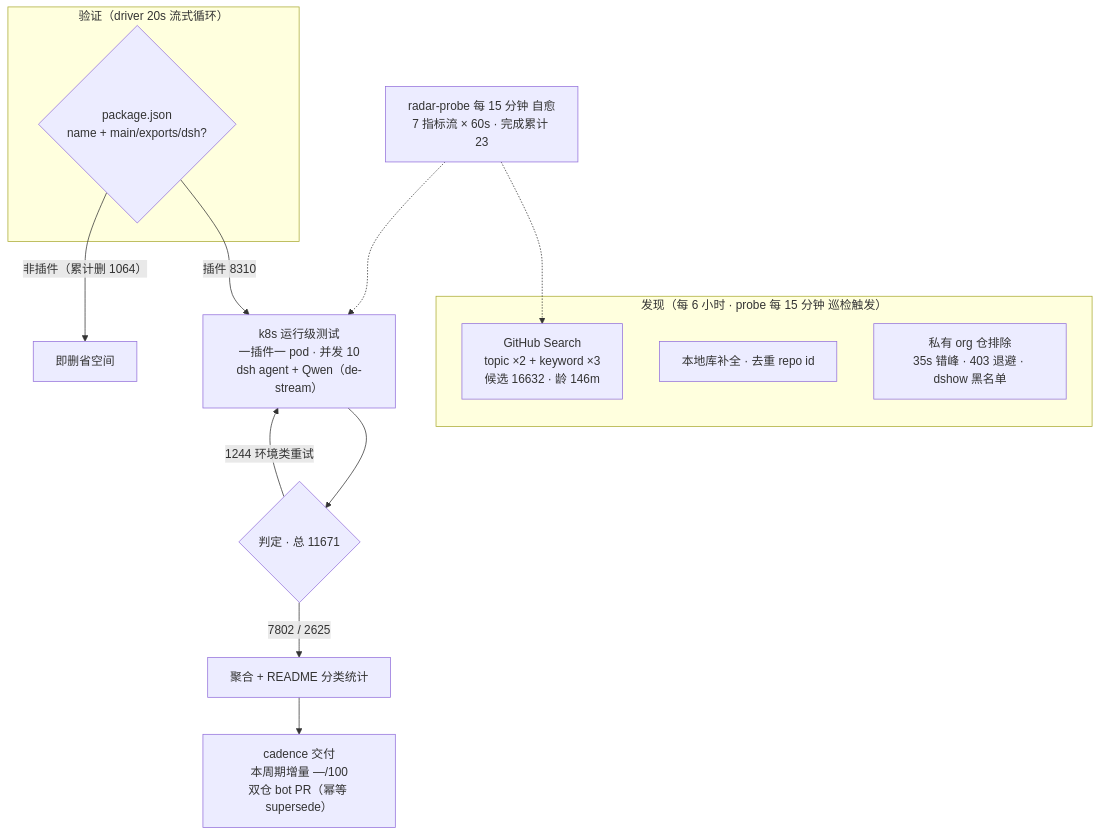
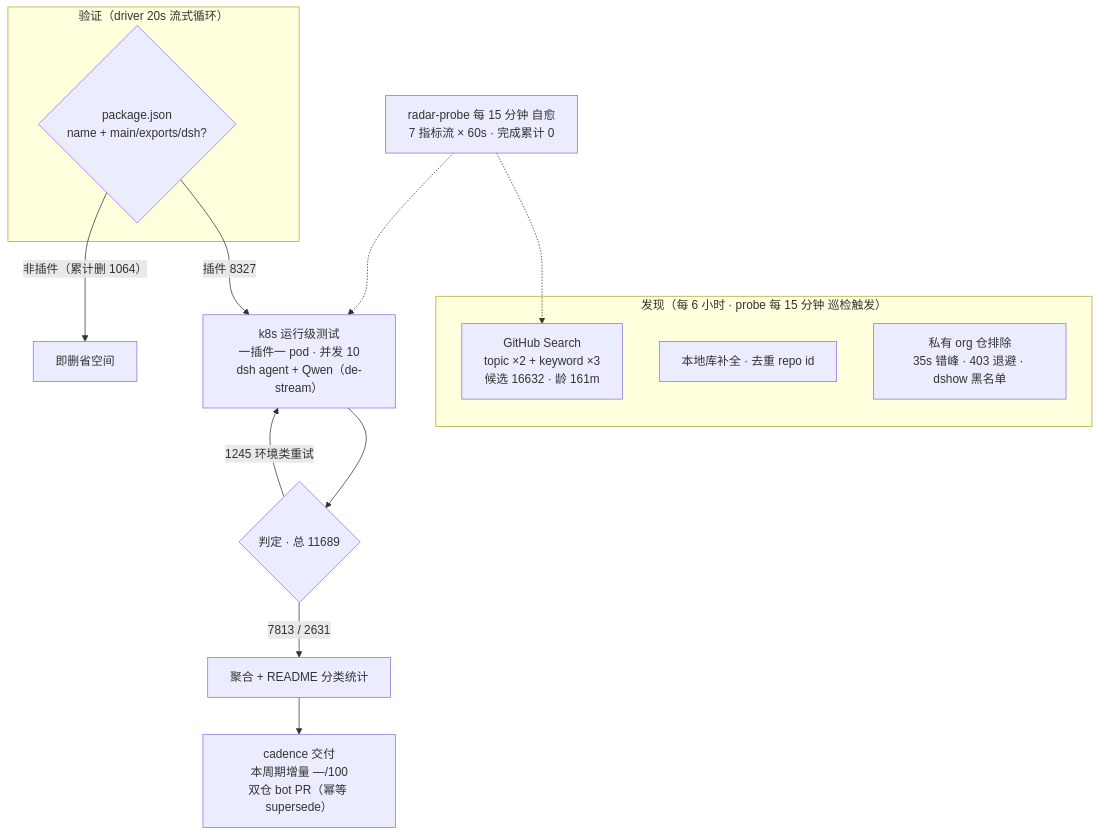
Before and after one commit to Zhidao-Lab-OSS/awesome-dsh-plugins: the diagram in README.md, drawn with Mermaid. The commit also changed other lines of this file and 1 other file, not shown here.

````diff
--- a/README.md
+++ b/README.md
@@ -52,20 +52,20 @@
 ```mermaid
 flowchart TB
     subgraph Discovery["发现（每 6 小时 · probe 每 15 分钟 巡检触发）"]
-        A1["GitHub Search<br/>topic ×2 + keyword ×3<br/>候选 16632 · 龄 146m"]
+        A1["GitHub Search<br/>topic ×2 + keyword ×3<br/>候选 16632 · 龄 161m"]
         A2["本地库补全 · 去重 repo id"]
         A3["私有 org 仓排除<br/>35s 错峰 · 403 退避 · dshow 黑名单"]
     end
     subgraph Validation["验证（driver 20s 流式循环）"]
         B1{"package.json<br/>name + main/exports/dsh?"}
     end
-    B1 -->|"插件 8310"| C1["k8s 运行级测试<br/>一插件一 pod · 并发 10<br/>dsh agent + Qwen（de-stream）"]
+    B1 -->|"插件 8327"| C1["k8s 运行级测试<br/>一插件一 pod · 并发 10<br/>dsh agent + Qwen（de-stream）"]
     B1 -->|"非插件（累计删 1064）"| B3["即删省空间"]
-    C1 --> D1{"判定 · 总 11671"}
-    D1 -->|"7802 / 2625"| E1["聚合 + README 分类统计"]
-    D1 -->|"1244 环境类重试"| C1
+    C1 --> D1{"判定 · 总 11689"}
+    D1 -->|"7813 / 2631"| E1["聚合 + README 分类统计"]
+    D1 -->|"1245 环境类重试"| C1
     E1 --> E2["cadence 交付<br/>本周期增量 —/100<br/>双仓 bot PR（幂等 supersede）"]
-    M["radar-probe 每 15 分钟 自愈<br/>7 指标流 × 60s · 完成累计 23"]
+    M["radar-probe 每 15 分钟 自愈<br/>7 指标流 × 60s · 完成累计 0"]
     M -.-> A1
     M -.-> C1
 ```
````
